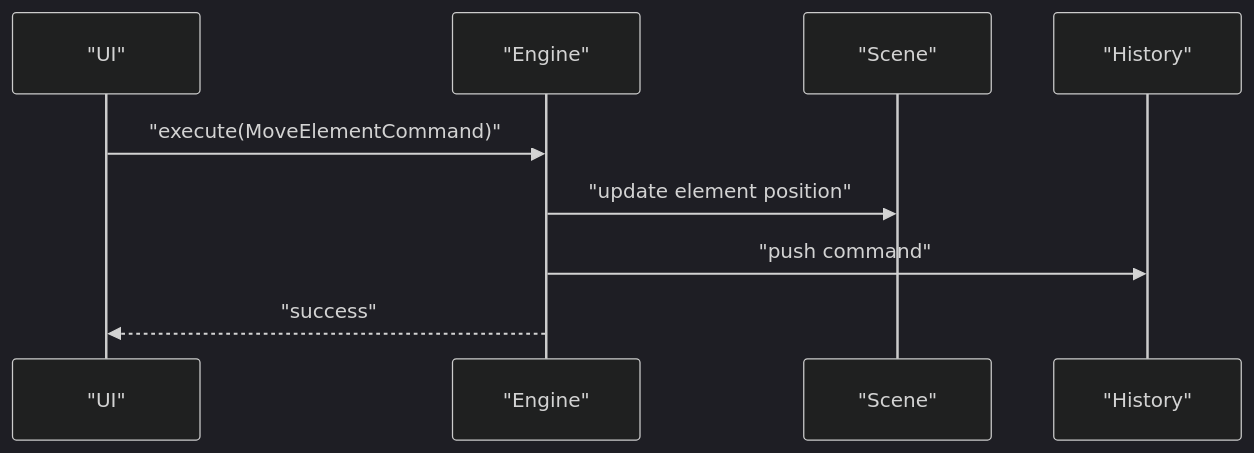
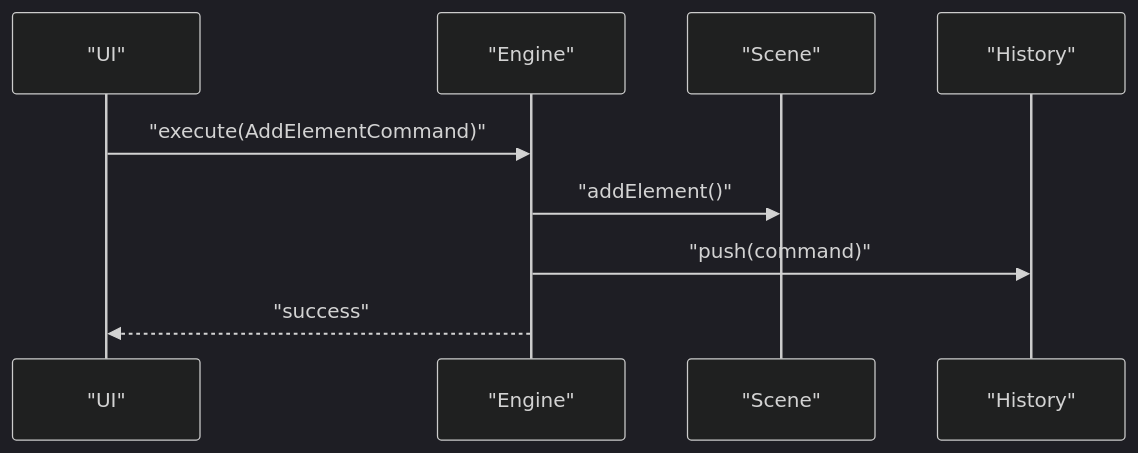
Before and after one commit to Anna0314zy/ai_editor_enginer: the ninth of 12 diagrams in .qoder/repowiki/en/content/Core Engine System/Core Engine System.md, drawn with Mermaid (dark theme). The commit also changed other lines of this file and 41 other files, not shown here.

````diff
--- a/.qoder/repowiki/en/content/Core Engine System/Core Engine System.md
+++ b/.qoder/repowiki/en/content/Core Engine System/Core Engine System.md
@@ -378,11 +486,11 @@
 ```mermaid
 sequenceDiagram
 participant UI as "UI"
 participant Engine as "Engine"
 participant Scene as "Scene"
 participant History as "History"
-UI->>Engine : "execute(MoveElementCommand)"
-Engine->>Scene : "update element position"
-Engine->>History : "push command"
+UI->>Engine : "execute(AddElementCommand)"
+Engine->>Scene : "addElement()"
+Engine->>History : "push(command)"
 Engine-->>UI : "success"
 ```
````
